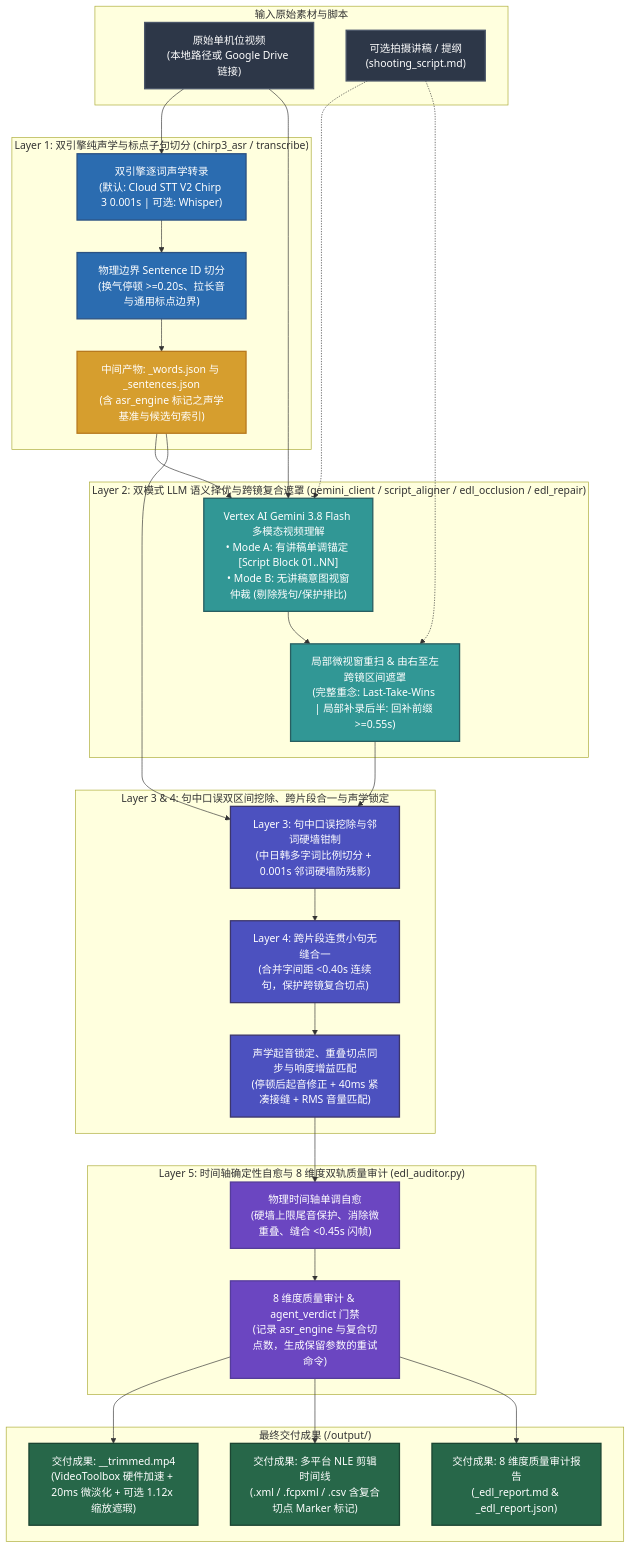
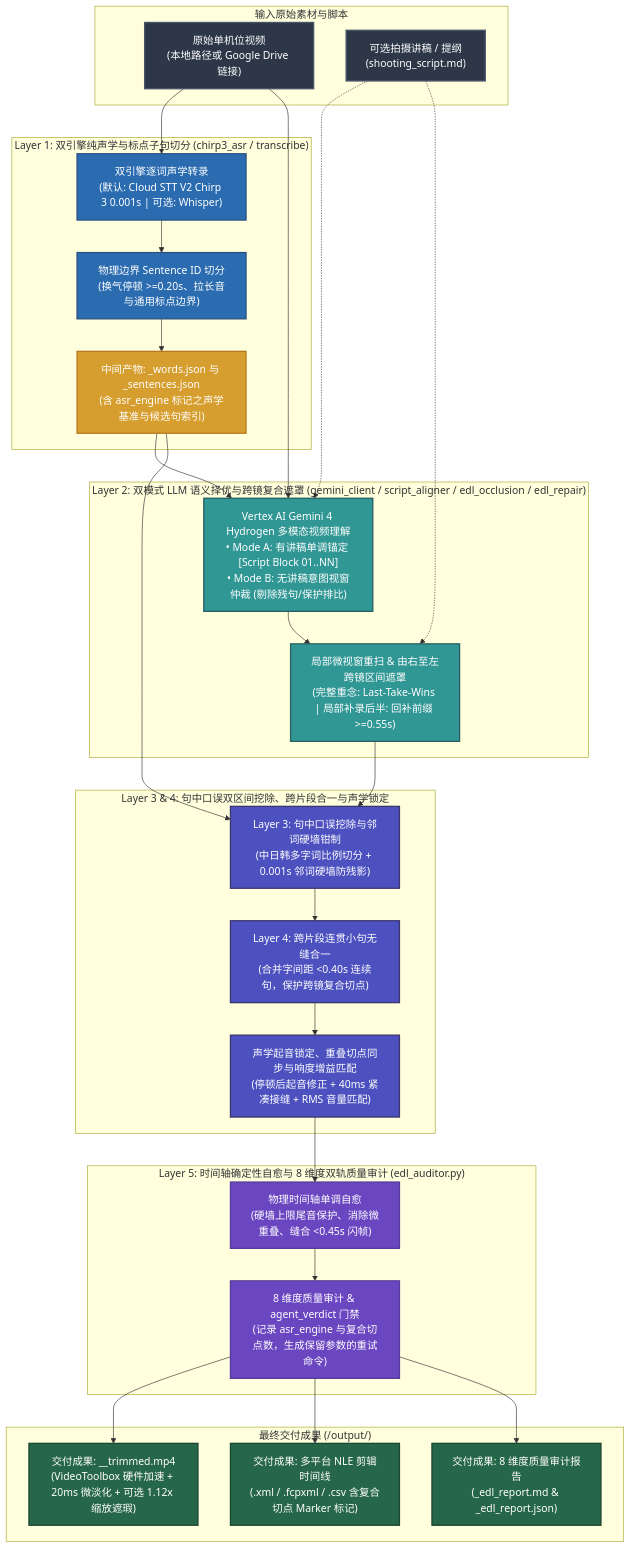
Before and after one commit to sylphlin/video-trimmer: the diagram in README.zh-CN.md, drawn with Mermaid. The commit also changed other lines of this file and 13 other files, not shown here.

First line of the commit message:
feat(model): upgrade Layer 2 LLM to Gemini 4 Hydrogen (gemini-4-hydrogen)

````diff
--- a/README.zh-CN.md
+++ b/README.zh-CN.md
@@ -20,59 +22,59 @@
 ```mermaid
 flowchart TD
     classDef inputStyle fill:#2D3748,stroke:#4A5568,stroke-width:2px,color:#fff;
     classDef stage1Style fill:#2B6CB0,stroke:#2C5282,stroke-width:2px,color:#fff;
     classDef stage2Style fill:#319795,stroke:#285E61,stroke-width:2px,color:#fff;
     classDef stage3Style fill:#4C51BF,stroke:#3C366B,stroke-width:2px,color:#fff;
     classDef stage4Style fill:#6B46C1,stroke:#553C9A,stroke-width:2px,color:#fff;
     classDef artifactStyle fill:#D69E2E,stroke:#B7791F,stroke-width:2px,color:#fff;
     classDef outputStyle fill:#276749,stroke:#1C4532,stroke-width:2px,color:#fff;
 
     subgraph Inputs["输入原始素材与脚本"]
         IN["原始单机位视频<br/>(本地路径或 Google Drive 链接)"]:::inputStyle
         SC["可选拍摄讲稿 / 提纲<br/>(shooting_script.md)"]:::inputStyle
     end
 
     subgraph L1["Layer 1: 双引擎纯声学与标点子句切分 (chirp3_asr / transcribe)"]
         W_ASR["双引擎逐词声学转录<br/>(默认: Cloud STT V2 Chirp 3 0.001s | 可选: Whisper)"]:::stage1Style
         S_SEG["物理边界 Sentence ID 切分<br/>(换气停顿 >=0.20s、拉长音与通用标点边界)"]:::stage1Style
         W_JSON["中间产物: <basename>_words.json 与 _sentences.json<br/>(含 asr_engine 标记之声学基准与候选句索引)"]:::artifactStyle
         W_ASR --> S_SEG --> W_JSON
     end
 
     subgraph L2["Layer 2: 双模式 LLM 语义择优与跨镜复合遮罩 (gemini_client / script_aligner / edl_occlusion / edl_repair)"]
-        MODE["Vertex AI Gemini 3.8 Flash 多模态视频理解<br/>• Mode A: 有讲稿单调锚定 [Script Block 01..NN]<br/>• Mode B: 无讲稿意图视窗仲裁 (剔除残句/保护排比)"]:::stage2Style
+        MODE["Vertex AI Gemini 4 Hydrogen 多模态视频理解<br/>• Mode A: 有讲稿单调锚定 [Script Block 01..NN]<br/>• Mode B: 无讲稿意图视窗仲裁 (剔除残句/保护排比)"]:::stage2Style
         REPAIR["局部微视窗重扫 & 由右至左跨镜区间遮罩<br/>(完整重念: Last-Take-Wins | 局部补录后半: 回补前缀 >=0.55s)"]:::stage2Style
         MODE --> REPAIR
     end
 
     subgraph L3_L4["Layer 3 & 4: 句中口误双区间挖除、跨片段合一与声学锁定"]
         L3["Layer 3: 句中口误挖除与邻词硬墙钳制<br/>(中日韩多字词比例切分 + 0.001s 邻词硬墙防残影)"]:::stage3Style
         L4["Layer 4: 跨片段连贯小句无缝合一<br/>(合并字间距 <0.40s 连续句，保护跨镜复合切点)"]:::stage3Style
         AC["声学起音锁定、重叠切点同步与响度增益匹配<br/>(停顿后起音修正 + 40ms 紧凑接缝 + RMS 音量匹配)"]:::stage3Style
         L3 --> L4 --> AC
     end
 
     subgraph L5["Layer 5: 时间轴确定性自愈与 8 维度双轨质量审计 (edl_auditor.py)"]
         SAN["物理时间轴单调自愈<br/>(硬墙上限尾音保护、消除微重叠、缝合 <0.45s 闪帧)"]:::stage4Style
         AUD["8 维度质量审计 & agent_verdict 门禁<br/>(记录 asr_engine 与复合切点数，生成保留参数的重试命令)"]:::stage4Style
         SAN --> AUD
     end
 
     subgraph Deliverables["最终交付成果 (<input_dir>/output/)"]
         OUT_MP4["交付成果: <basename>_<tag>_trimmed.mp4<br/>(VideoToolbox 硬件加速 + 20ms 微淡化 + 可选 1.12x 缩放遮瑕)"]:::outputStyle
         OUT_NLE["交付成果: 多平台 NLE 剪辑时间线<br/>(.xml / .fcpxml / .csv 含复合切点 Marker 标记)"]:::outputStyle
         OUT_REP["交付成果: 8 维度质量审计报告<br/>(_edl_report.md & _edl_report.json)"]:::outputStyle
     end
 
     IN --> W_ASR
     IN --> MODE
     SC -.-> MODE
     W_JSON --> MODE
     SC -.-> REPAIR
     REPAIR --> L3
     W_JSON --> L3
     AC --> SAN
     AUD --> OUT_MP4
     AUD --> OUT_NLE
     AUD --> OUT_REP
 ```
````
